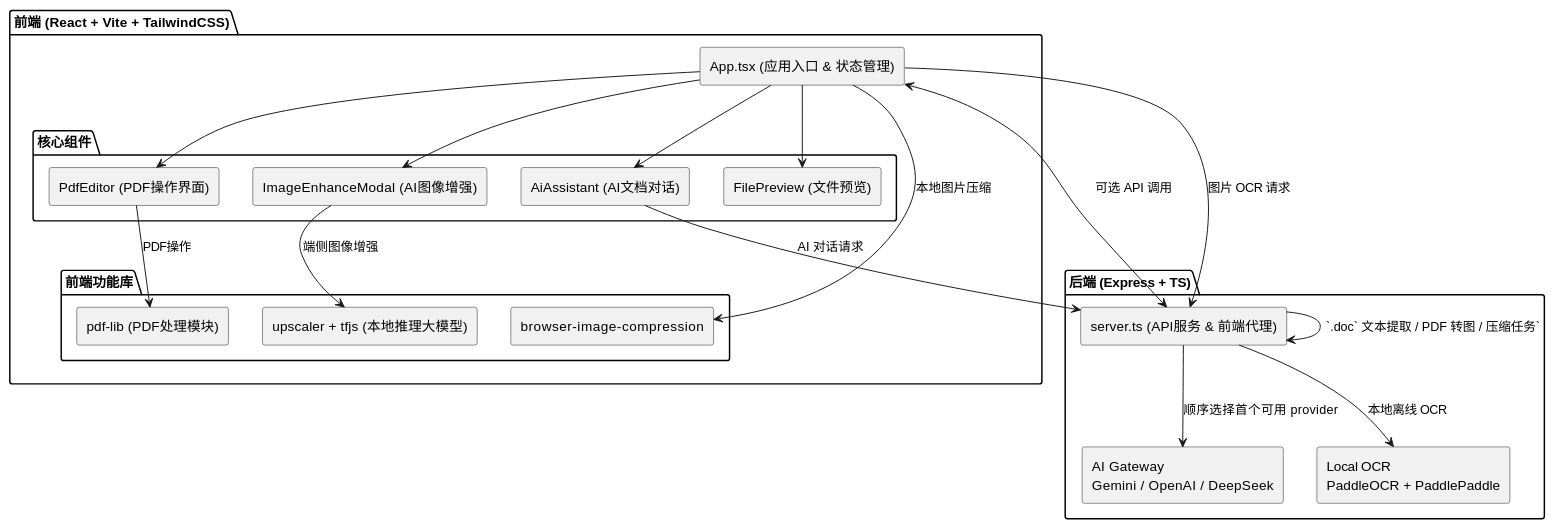
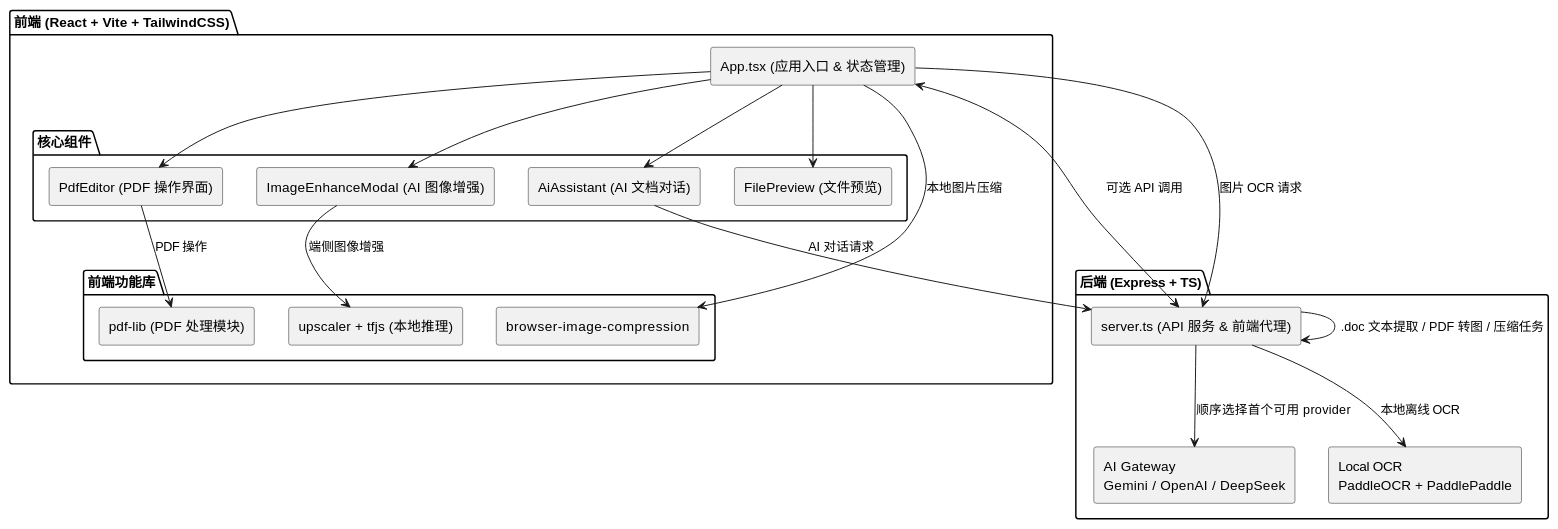
One commit to miyatsu/student-task changed the diagram in docs/architecture.md. Above: the diagram before and after it, drawn with PlantUML. The commit also changed other lines of this file and 7 other files, not shown here.

````diff
--- a/docs/architecture.md
+++ b/docs/architecture.md
@@ -59,44 +65,44 @@
 ```plantuml
 @startuml
 skinparam componentStyle rectangle
 
 package "前端 (React + Vite + TailwindCSS)" {
   [App.tsx (应用入口 & 状态管理)] as App
-  
+
   package "核心组件" {
-    [PdfEditor (PDF操作界面)] as PdfEditor
-    [ImageEnhanceModal (AI图像增强)] as ImageEnhanceModal
-    [AiAssistant (AI文档对话)] as AiAssistant
+    [PdfEditor (PDF 操作界面)] as PdfEditor
+    [ImageEnhanceModal (AI 图像增强)] as ImageEnhanceModal
+    [AiAssistant (AI 文档对话)] as AiAssistant
     [FilePreview (文件预览)] as FilePreview
   }
-  
+
   package "前端功能库" {
-    [pdf-lib (PDF处理模块)] as PDFLib
-    [upscaler + tfjs (本地推理大模型)] as TFJS
+    [pdf-lib (PDF 处理模块)] as PDFLib
+    [upscaler + tfjs (本地推理)] as TFJS
     [browser-image-compression] as ImageCompression
   }
 }
 
 package "后端 (Express + TS)" {
-  [server.ts (API服务 & 前端代理)] as Backend
+  [server.ts (API 服务 & 前端代理)] as Backend
   [AI Gateway\nGemini / OpenAI / DeepSeek] as LLMGateway
   [Local OCR\nPaddleOCR + PaddlePaddle] as LocalOCR
 }
 
 App --> PdfEditor
 App --> ImageEnhanceModal
 App --> AiAssistant
 App --> FilePreview
 
-PdfEditor --> PDFLib : PDF操作
+PdfEditor --> PDFLib : PDF 操作
 ImageEnhanceModal --> TFJS : 端侧图像增强
 AiAssistant --> Backend : AI 对话请求
 App --> ImageCompression : 本地图片压缩
 App --> Backend : 图片 OCR 请求
 
 App <--> Backend : 可选 API 调用
 Backend --> LLMGateway : 顺序选择首个可用 provider
 Backend --> LocalOCR : 本地离线 OCR
-Backend --> Backend : `.doc` 文本提取 / PDF 转图 / 压缩任务`
+Backend --> Backend : .doc 文本提取 / PDF 转图 / 压缩任务
 @enduml
 ```
````
